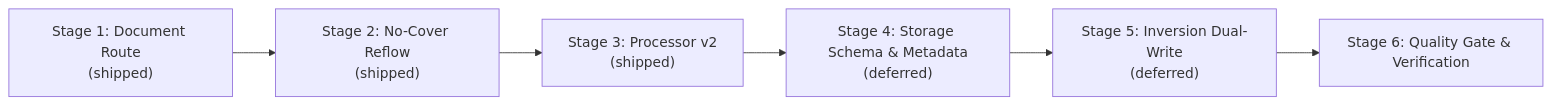
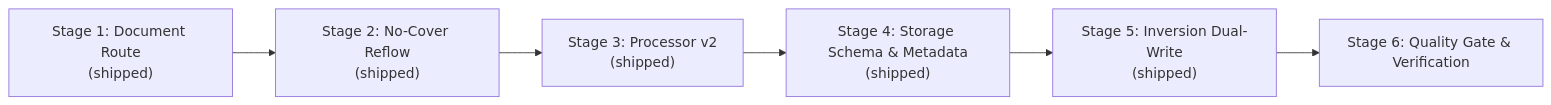
Before and after one commit to DerivedFunction01/edgar-sec: the diagram in roadmap/execution_1.md, drawn with Mermaid. The commit also changed other lines of this file and 24 other files, not shown here.

````diff
--- a/roadmap/execution_1.md
+++ b/roadmap/execution_1.md
@@ -362,8 +358,8 @@
 ```mermaid
 flowchart LR
     S1["Stage 1: Document Route<br/>(shipped)"] --> S2["Stage 2: No-Cover Reflow<br/>(shipped)"]
     S2 --> S3["Stage 3: Processor v2<br/>(shipped)"]
-    S3 --> S4["Stage 4: Storage Schema & Metadata<br/>(deferred)"]
-    S4 --> S5["Stage 5: Inversion Dual-Write<br/>(deferred)"]
+    S3 --> S4["Stage 4: Storage Schema & Metadata<br/>(shipped)"]
+    S4 --> S5["Stage 5: Inversion Dual-Write<br/>(shipped)"]
     S5 --> S6["Stage 6: Quality Gate & Verification"]
 ```
````
